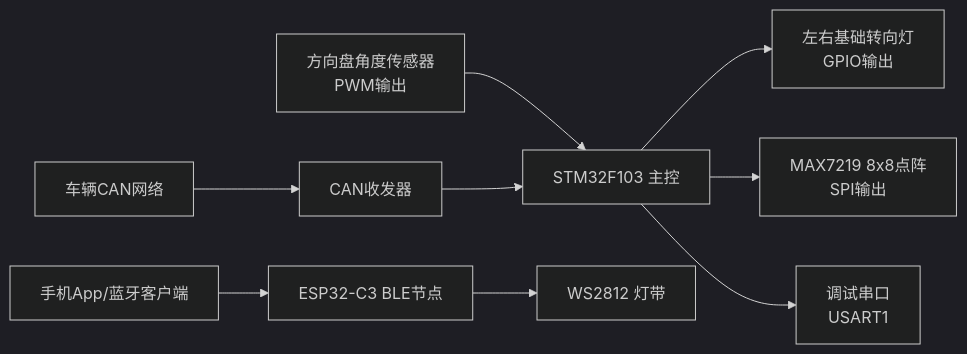
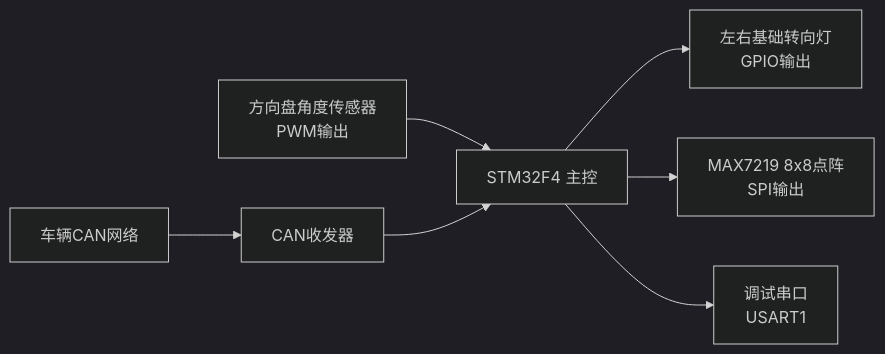
Before and after one commit to sisanwu12/Atmosphere-lamp: the first of 2 diagrams in doc/架构设计.md, drawn with Mermaid (dark theme). The commit also changed other lines of this file and 6 other files, not shown here.

````diff
--- a/doc/架构设计.md
+++ b/doc/架构设计.md
@@ -38,11 +31,9 @@
 ```mermaid
 flowchart LR
-    A[方向盘角度传感器<br/>PWM输出] --> B[STM32F103 主控]
+    A[方向盘角度传感器<br/>PWM输出] --> B[STM32F4 主控]
     C[车辆CAN网络] --> D[CAN收发器]
     D --> B
     B --> E[左右基础转向灯<br/>GPIO输出]
     B --> F[MAX7219 8x8点阵<br/>SPI输出]
     B --> G[调试串口<br/>USART1]
-    H[手机App/蓝牙客户端] --> I[ESP32-C3 BLE节点]
-    I --> J[WS2812 灯带]
 ```
````
